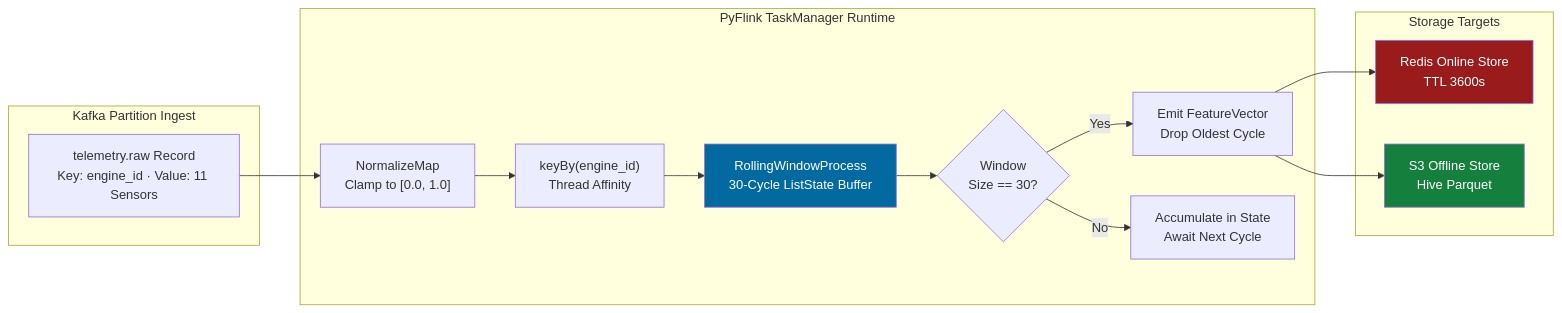
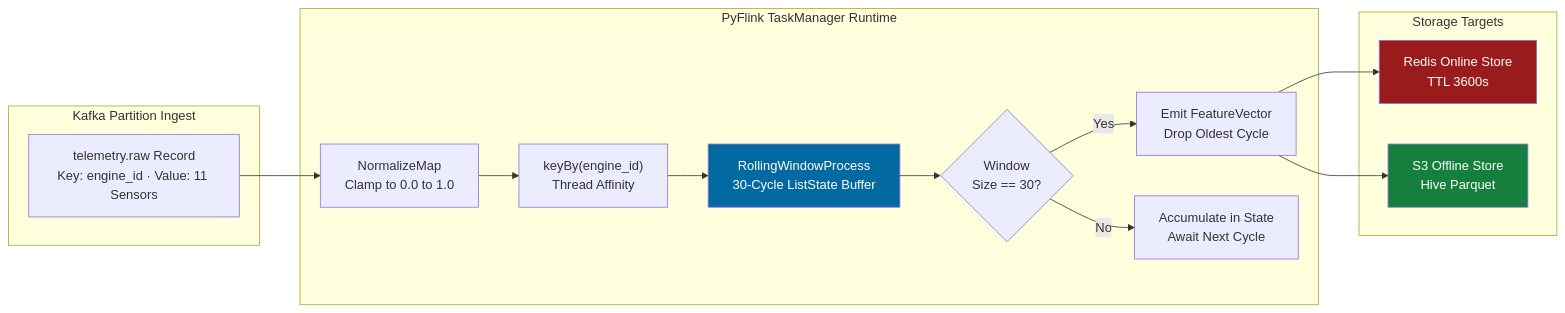
Before and after one commit to nasim-raj-laskar/Engine-RUL-Forcasting-system: the third of 4 diagrams in docs/09_architecture.md, drawn with Mermaid. The commit also changed 3 other files, not shown here.

Commit message:
Broken Diagram Fixed

````diff
--- a/docs/09_architecture.md
+++ b/docs/09_architecture.md
@@ -99,29 +99,29 @@
 ```mermaid
 flowchart LR
     subgraph StreamInput["Kafka Partition Ingest"]
         RAW["telemetry.raw Record\nKey: engine_id · Value: 11 Sensors"]
     end
 
     subgraph FlinkTopology["PyFlink TaskManager Runtime"]
-        MAP["NormalizeMap\nClamp to [0.0, 1.0]"]
+        MAP["NormalizeMap\nClamp to 0.0 to 1.0"]
         KEY["keyBy(engine_id)\nThread Affinity"]
         PROC["RollingWindowProcess\n30-Cycle ListState Buffer"]
         CHECK{"Window\nSize == 30?"}
         EMIT["Emit FeatureVector\nDrop Oldest Cycle"]
         HOLD["Accumulate in State\nAwait Next Cycle"]
     end
 
     subgraph Sinks["Storage Targets"]
         REDIS["Redis Online Store\nTTL 3600s"]
         PARQ["S3 Offline Store\nHive Parquet"]
     end
 
     RAW --> MAP --> KEY --> PROC --> CHECK
     CHECK -->|Yes| EMIT
     CHECK -->|No| HOLD
     EMIT --> REDIS & PARQ
 
     style PROC fill:#0369a1,color:#fff
     style REDIS fill:#991b1b,color:#fff
     style PARQ fill:#15803d,color:#fff
 ```
````
